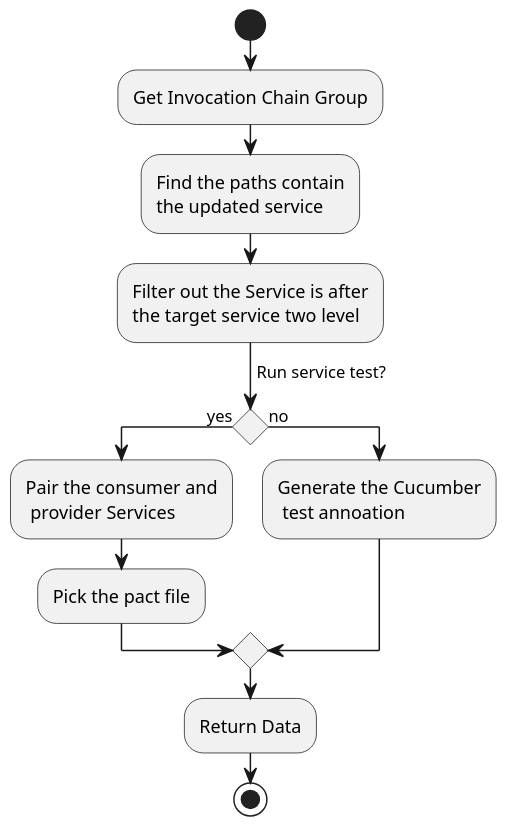
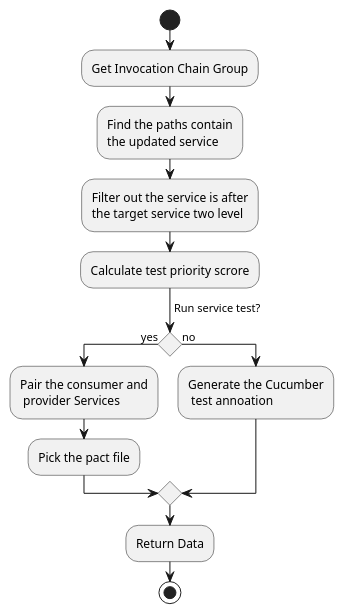
Before and after one commit to b4456609/mgp-back: the diagram in diagram/regression.puml, drawn with PlantUML. The commit also changed 3 other files, not shown here.

Commit message:
update diagram

```diff
--- a/diagram/regression.puml
+++ b/diagram/regression.puml
@@ -1,16 +1,17 @@
 @startuml
-scale 1.5
+'scale 1.5
 start
 :Get Invocation Chain Group;
 :Find the paths contain\nthe updated service;
-:Filter out the Service is after\nthe target service two level;
+:Filter out the service is after\nthe target service two level;
+:Calculate test priority scrore;
 ->Run service test?;
 if() then (yes)
     :Pair the consumer and\n provider Services;
     :Pick the pact file;
 else (no)
     :Generate the Cucumber\n test annoation;
 endif
 :Return Data;
 stop
 @enduml
```
